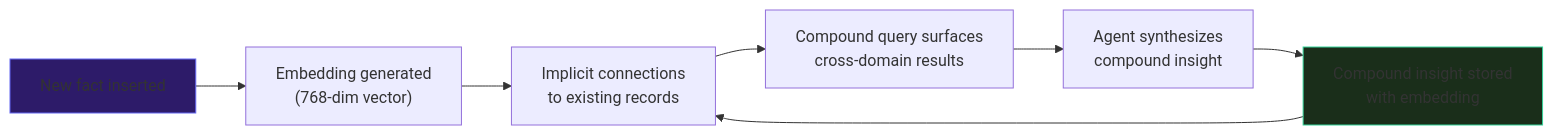
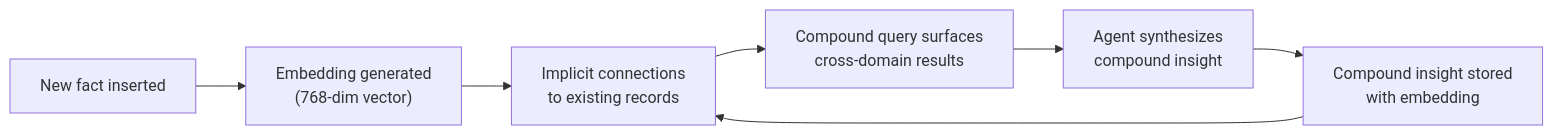
One commit to jamesdwilson/Sh4d0wDB changed diagram 13 of 13 in README.md. Above: the diagram before and after it, drawn with Mermaid. The commit also changed other lines of this file and 2 other files, not shown here.

````diff
--- a/README.md
+++ b/README.md
@@ -1188,12 +1159,10 @@
 ```mermaid
 graph LR
     A["New fact inserted"] --> B["Embedding generated<br/>(768-dim vector)"]
     B --> C["Implicit connections<br/>to existing records"]
     C --> D["Compound query surfaces<br/>cross-domain results"]
     D --> E["Agent synthesizes<br/>compound insight"]
     E --> F["Compound insight stored<br/>with embedding"]
     F --> C
 
-    style A fill:#2d1b69,stroke:#6366f1
-    style F fill:#1a2e1a,stroke:#34d399
 ```
````
